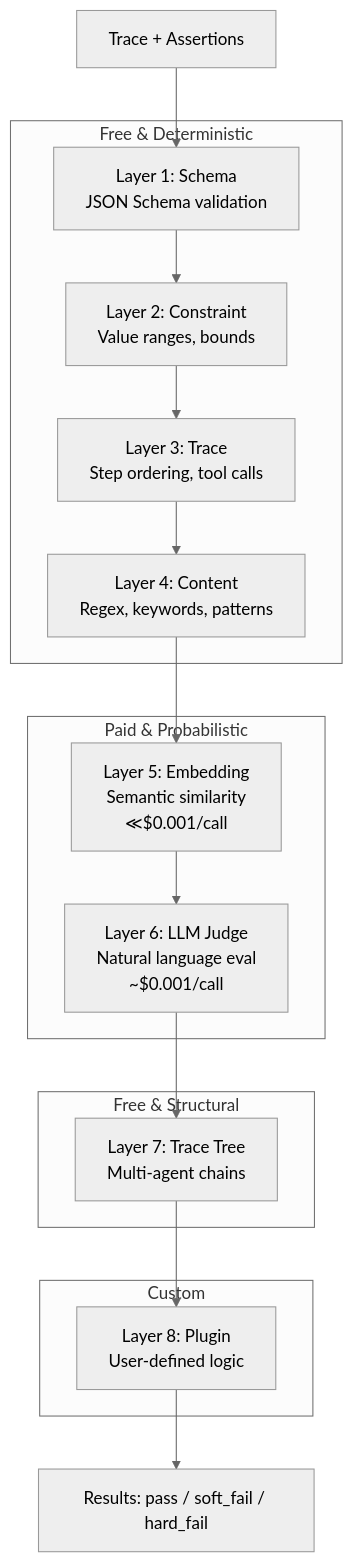
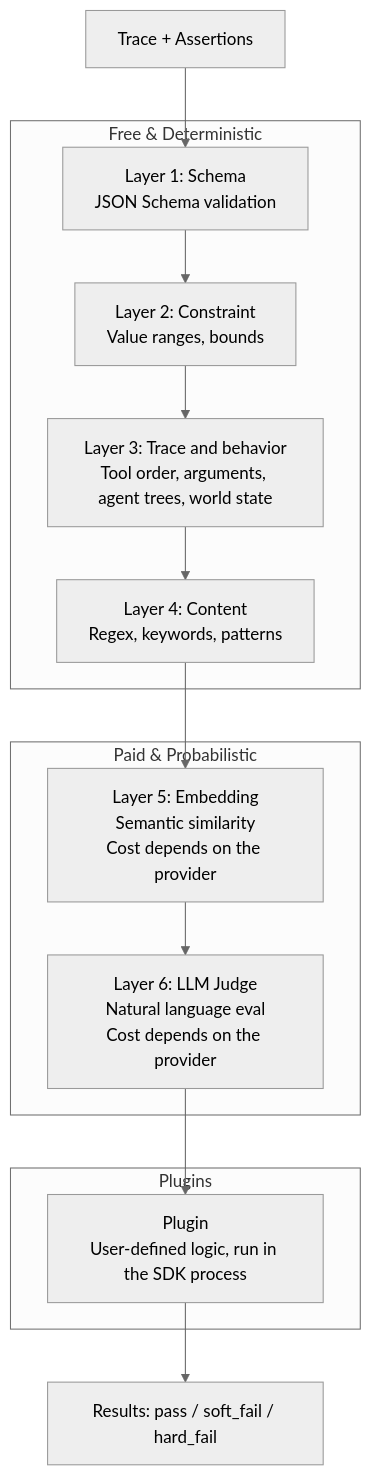
Before and after one commit to attest-framework/attest-website: the first of 3 diagrams in src/content/docs/architecture/assertion-pipeline.mdx, drawn with Mermaid (neutral theme). The commit also changed other lines of this file and 24 other files, not shown here.

````diff
--- a/src/content/docs/architecture/assertion-pipeline.mdx
+++ b/src/content/docs/architecture/assertion-pipeline.mdx
@@ -10,27 +16,23 @@
 ```mermaid
 flowchart TD
     INPUT["Trace + Assertions"] --> L1
 
     subgraph FREE["Free & Deterministic"]
         L1["Layer 1: Schema<br/>JSON Schema validation"]
         L2["Layer 2: Constraint<br/>Value ranges, bounds"]
-        L3["Layer 3: Trace<br/>Step ordering, tool calls"]
+        L3["Layer 3: Trace and behavior<br/>Tool order, arguments, agent trees, world state"]
         L4["Layer 4: Content<br/>Regex, keywords, patterns"]
     end
 
     subgraph PAID["Paid & Probabilistic"]
-        L5["Layer 5: Embedding<br/>Semantic similarity<br/>≪$0.001/call"]
-        L6["Layer 6: LLM Judge<br/>Natural language eval<br/>~$0.001/call"]
+        L5["Layer 5: Embedding<br/>Semantic similarity<br/>Cost depends on the provider"]
+        L6["Layer 6: LLM Judge<br/>Natural language eval<br/>Cost depends on the provider"]
     end
 
-    subgraph STRUCTURAL["Free & Structural"]
-        L7["Layer 7: Trace Tree<br/>Multi-agent chains"]
+    subgraph CUSTOM["Plugins"]
+        PLUGIN["Plugin<br/>User-defined logic, run in the SDK process"]
     end
 
-    subgraph CUSTOM["Custom"]
-        L8["Layer 8: Plugin<br/>User-defined logic"]
-    end
-
-    L1 --> L2 --> L3 --> L4 --> L5 --> L6 --> L7 --> L8
-    L8 --> RESULT["Results: pass / soft_fail / hard_fail"]
+    L1 --> L2 --> L3 --> L4 --> L5 --> L6 --> PLUGIN
+    PLUGIN --> RESULT["Results: pass / soft_fail / hard_fail"]
 ```
````
